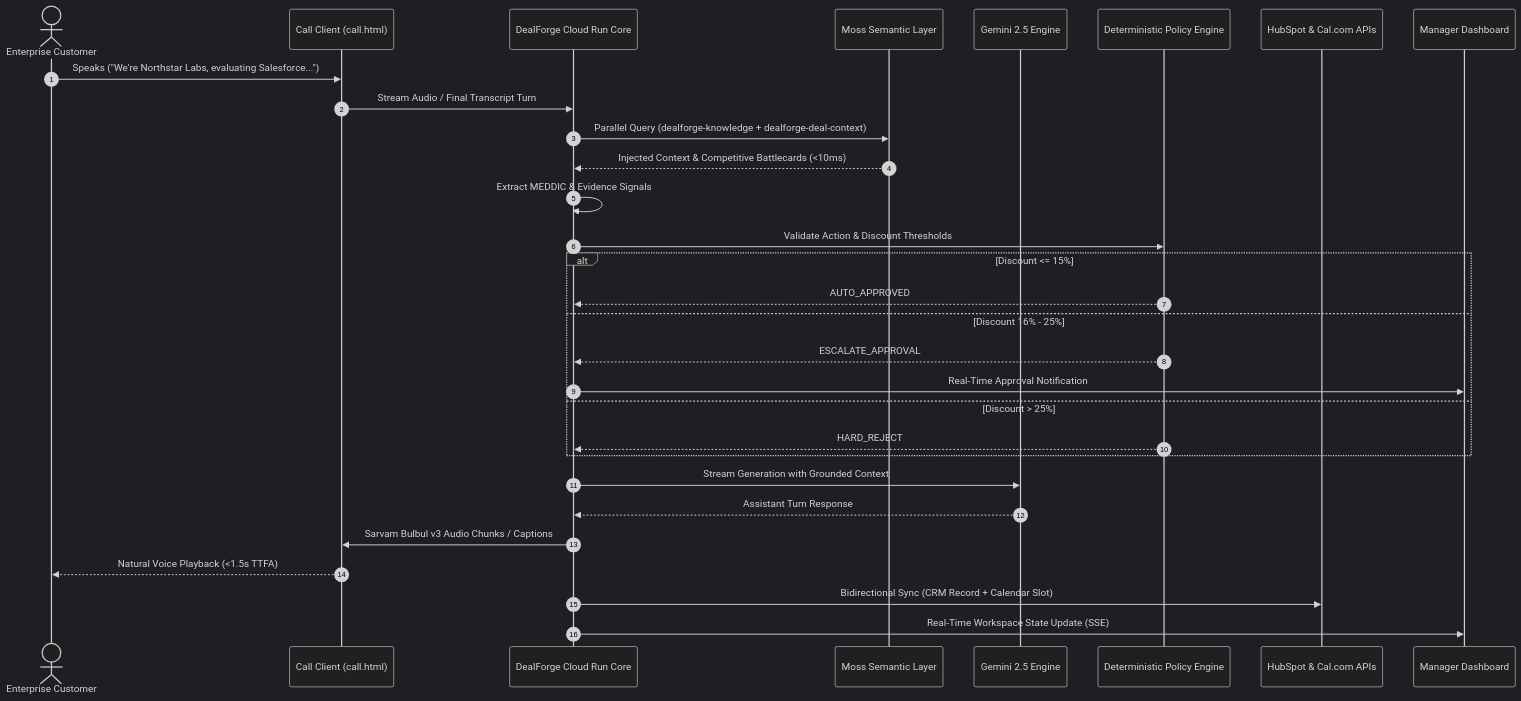
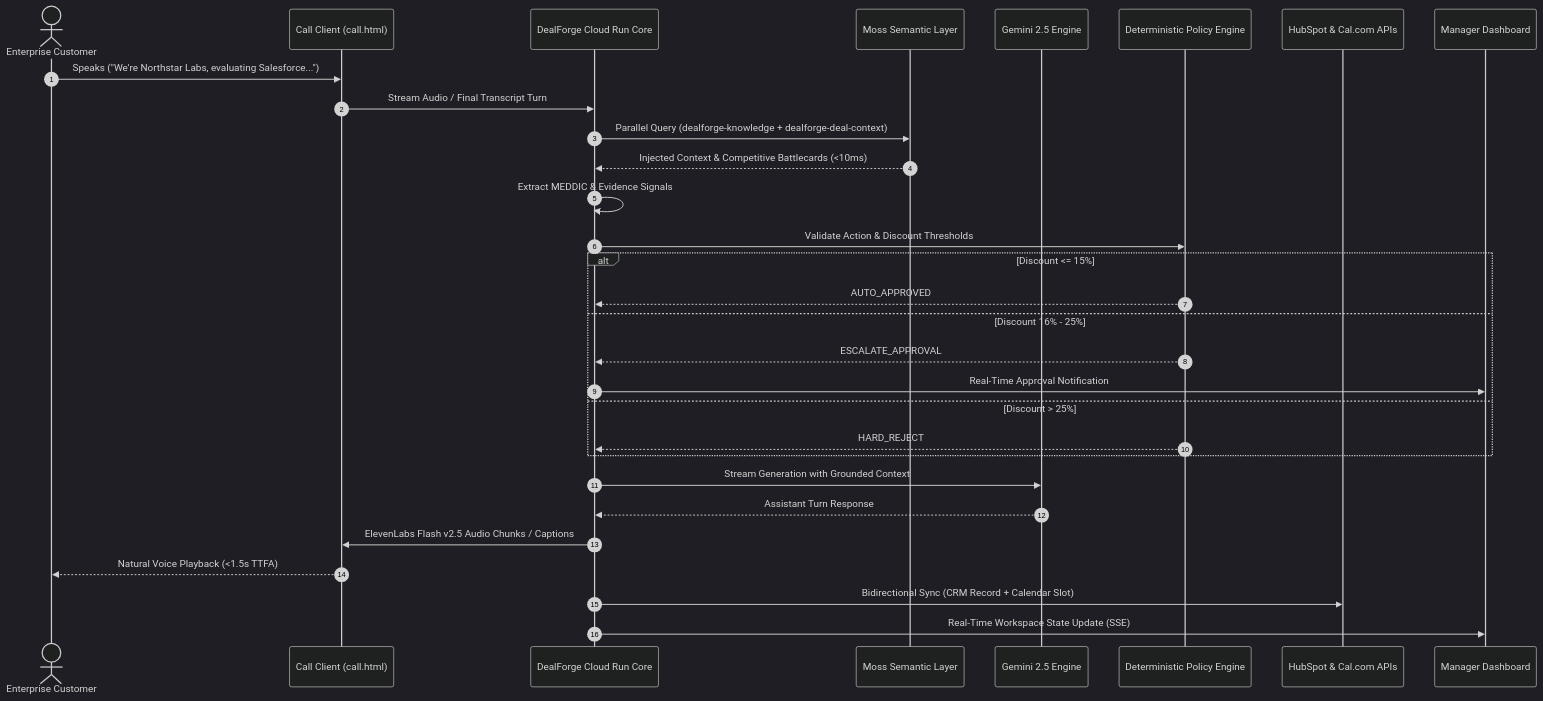
One commit to Dineshkumar2006471/DealForge changed the second of 2 diagrams in PRD.md. Above: the diagram before and after it, drawn with Mermaid (dark theme). The commit also changed other lines of this file and 5 other files, not shown here.

Commit message:
chore: fix CI lint errors and update documentation to ElevenLabs Flash v2.5

````diff
--- a/PRD.md
+++ b/PRD.md
@@ -97,33 +97,33 @@
 ```mermaid
 sequenceDiagram
     autonumber
     actor Customer as Enterprise Customer
     participant Browser as Call Client (call.html)
     participant Server as DealForge Cloud Run Core
     participant Moss as Moss Semantic Layer
     participant Gemini as Gemini 2.5 Engine
     participant Policy as Deterministic Policy Engine
     participant Hub as HubSpot & Cal.com APIs
     participant Manager as Manager Dashboard
 
     Customer->>Browser: Speaks ("We're Northstar Labs, evaluating Salesforce...")
     Browser->>Server: Stream Audio / Final Transcript Turn
     Server->>Moss: Parallel Query (dealforge-knowledge + dealforge-deal-context)
     Moss-->>Server: Injected Context & Competitive Battlecards (<10ms)
     Server->>Server: Extract MEDDIC & Evidence Signals
     Server->>Policy: Validate Action & Discount Thresholds
     alt Discount <= 15%
         Policy-->>Server: AUTO_APPROVED
     else Discount 16% - 25%
         Policy-->>Server: ESCALATE_APPROVAL
         Server->>Manager: Real-Time Approval Notification
     else Discount > 25%
         Policy-->>Server: HARD_REJECT
     end
     Server->>Gemini: Stream Generation with Grounded Context
     Gemini-->>Server: Assistant Turn Response
-    Server->>Browser: Sarvam Bulbul v3 Audio Chunks / Captions
+    Server->>Browser: ElevenLabs Flash v2.5 Audio Chunks / Captions
     Browser-->>Customer: Natural Voice Playback (<1.5s TTFA)
     Server->>Hub: Bidirectional Sync (CRM Record + Calendar Slot)
     Server->>Manager: Real-Time Workspace State Update (SSE)
 ```
````
